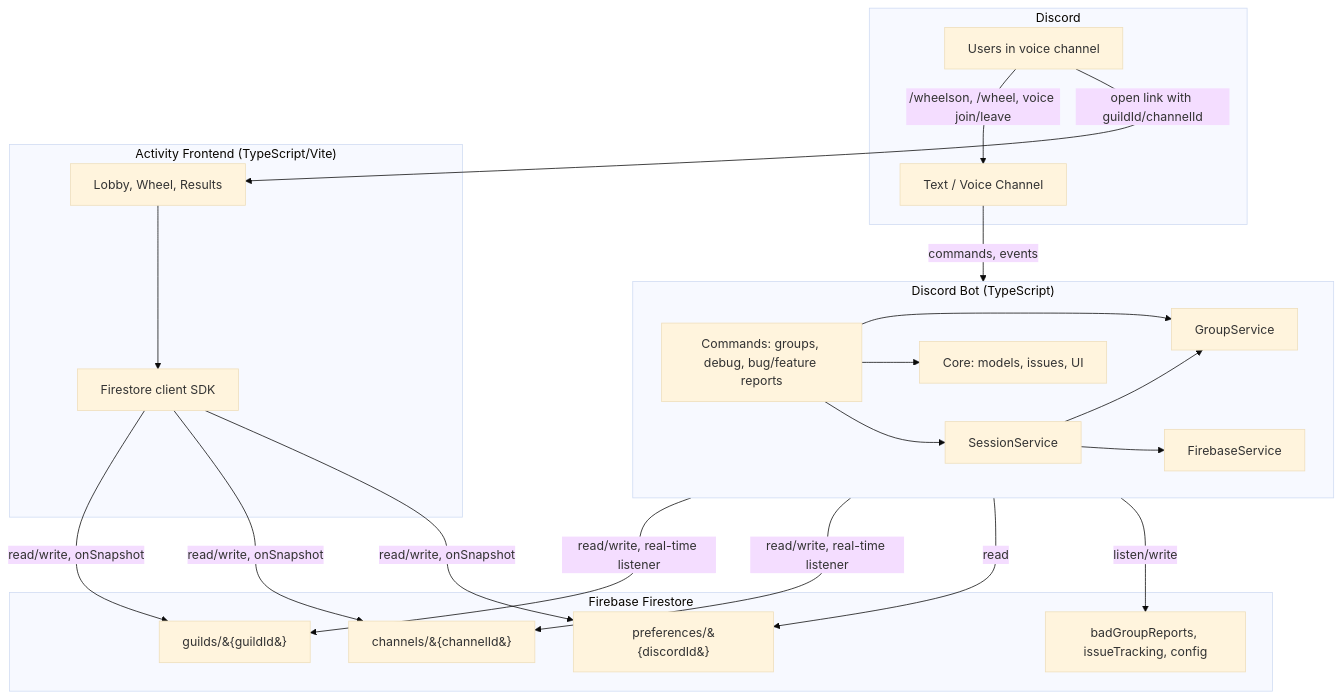
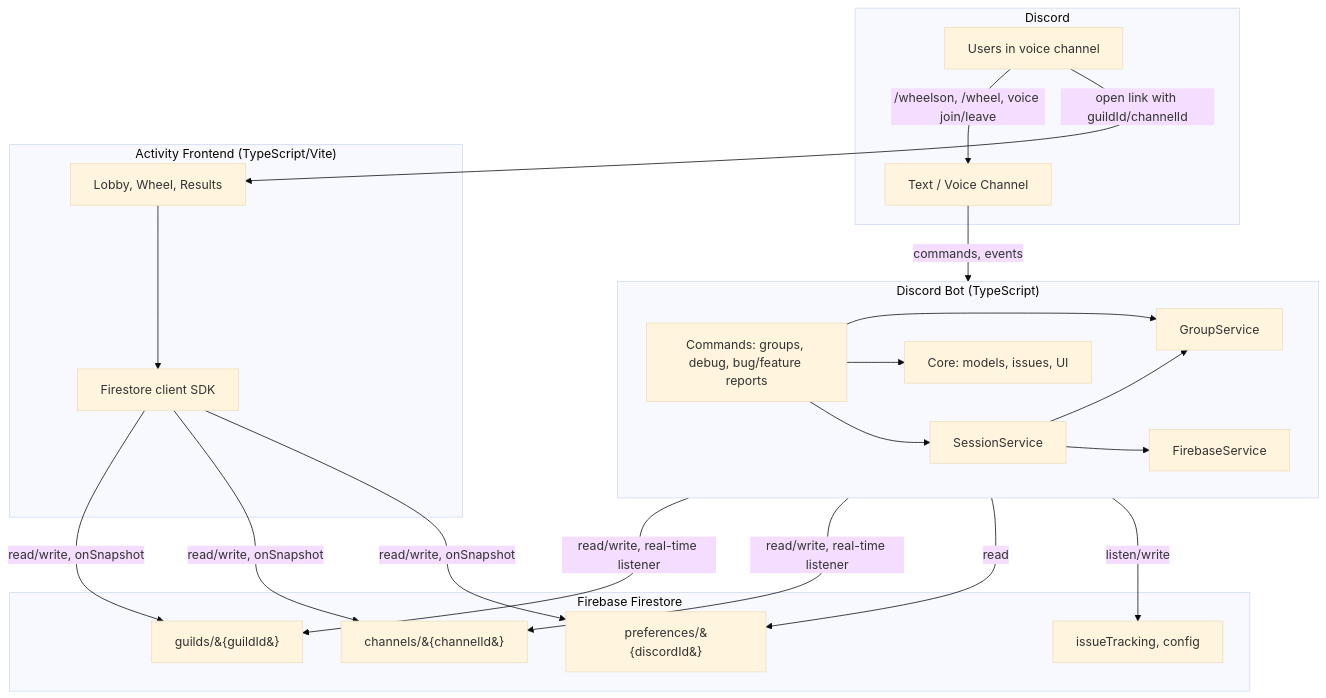
Before and after one commit to TytaniumDev/MythicPlusDiscordBot: the first of 5 diagrams in ARCHITECTURE.md, drawn with Mermaid (base theme). The commit also changed other lines of this file and 47 other files, not shown here.

````diff
--- a/ARCHITECTURE.md
+++ b/ARCHITECTURE.md
@@ -21,43 +21,43 @@
 ```mermaid
 flowchart TB
     subgraph Discord["Discord"]
         User[Users in voice channel]
         Channel[Text / Voice Channel]
     end
 
     subgraph Bot["Discord Bot (TypeScript)"]
         Cogs[Commands: groups, debug, bug/feature reports]
         GroupService[GroupService]
         SessionService[SessionService]
         FirebaseService[FirebaseService]
         Core[Core: models, issues, UI]
         Cogs --> GroupService
         Cogs --> SessionService
         Cogs --> Core
         SessionService --> FirebaseService
         SessionService --> GroupService
     end
 
     subgraph Firebase["Firebase Firestore"]
         Guilds[guilds/&#123;guildId&#125;]
         Channels[channels/&#123;channelId&#125;]
         Preferences[preferences/&#123;discordId&#125;]
-        Sidecars[badGroupReports, issueTracking, config]
+        Sidecars[issueTracking, config]
     end
 
     subgraph Frontend["Activity Frontend (TypeScript/Vite)"]
         UI[Lobby, Wheel, Results]
         UI --> FirestoreClient[Firestore client SDK]
     end
 
     User -->|/wheelson, /wheel, voice join/leave| Channel
     Channel -->|commands, events| Bot
     Bot -->|read/write, real-time listener| Guilds
     Bot -->|read/write, real-time listener| Channels
     Bot -->|read| Preferences
     Bot -->|listen/write| Sidecars
     FirestoreClient -->|read/write, onSnapshot| Guilds
     FirestoreClient -->|read/write, onSnapshot| Channels
     FirestoreClient -->|read/write, onSnapshot| Preferences
     User -->|open link with guildId/channelId| UI
 ```
````
